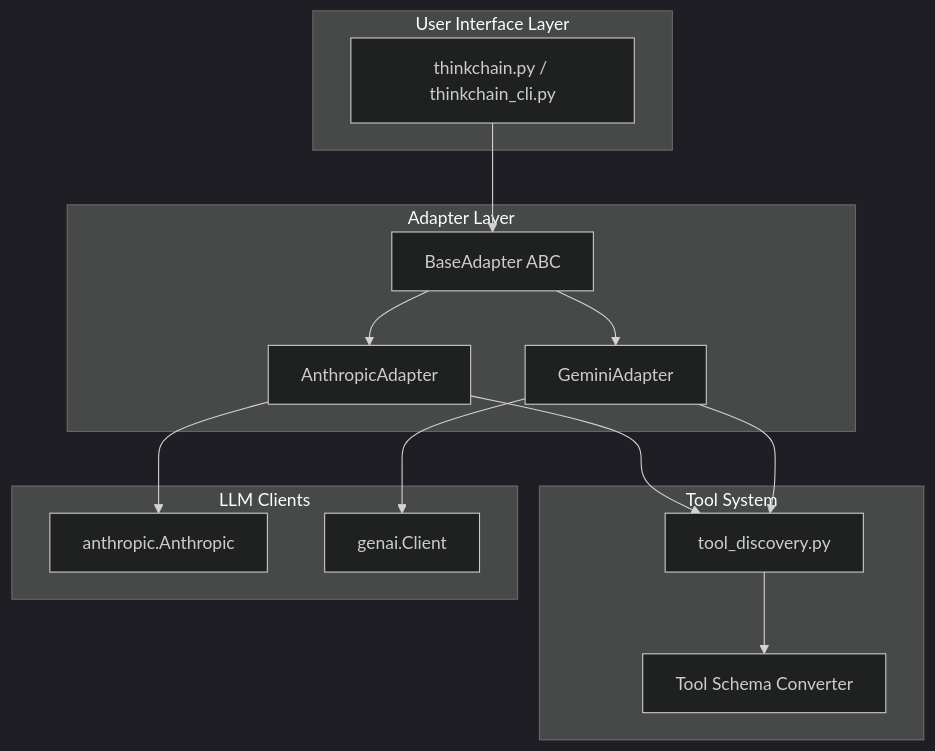
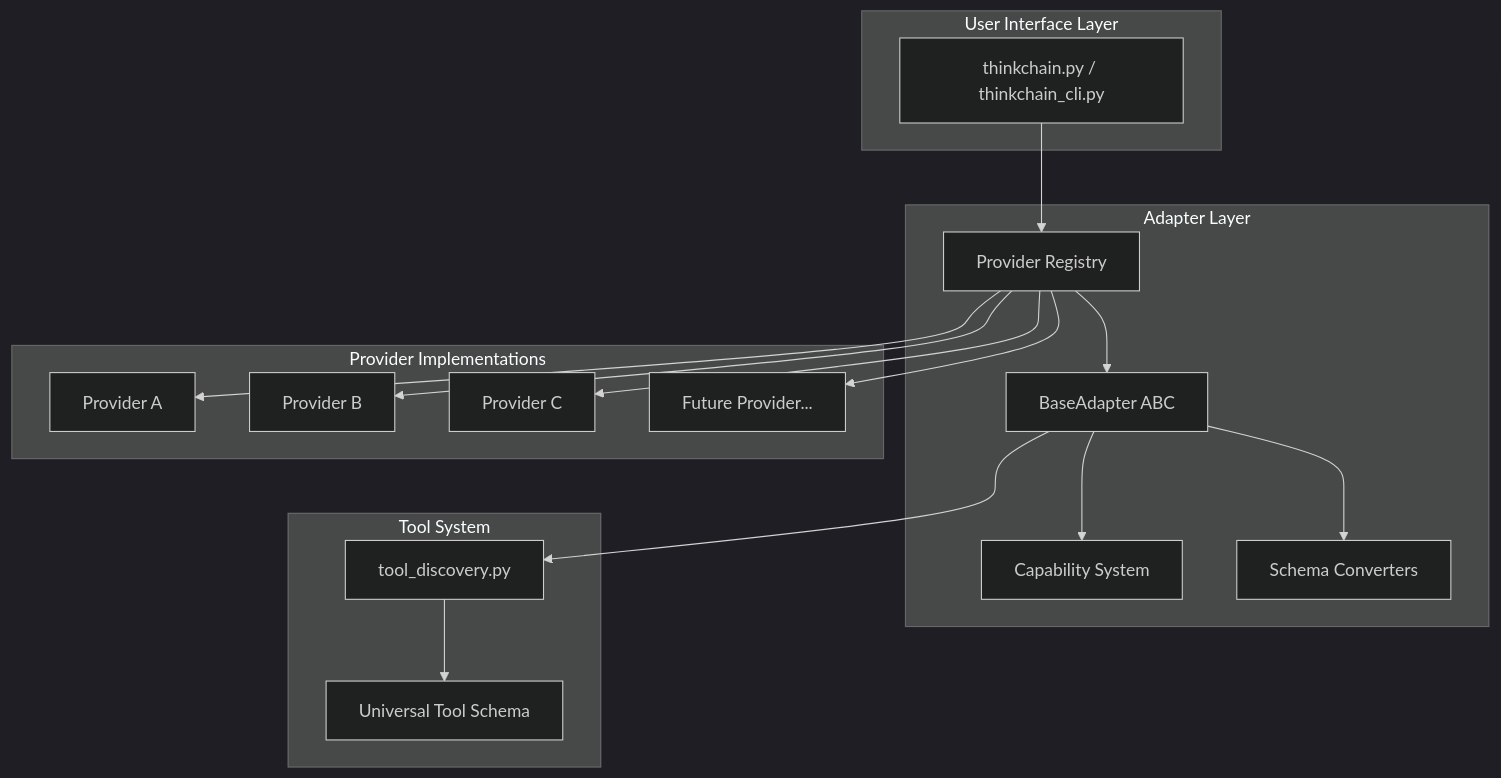
Before and after one commit to voxmenthe/thinkchain: the diagram in docs/implementation_plan_v3.md, drawn with Mermaid (dark theme). The commit also changed other lines of this file, not shown here.

````diff
--- a/docs/implementation_plan_v3.md
+++ b/docs/implementation_plan_v3.md
@@ -63,31 +59,36 @@
 ```mermaid
 graph TB
     subgraph "User Interface Layer"
         UI[thinkchain.py / thinkchain_cli.py]
     end
     
     subgraph "Adapter Layer"
         BA[BaseAdapter ABC]
-        AA[AnthropicAdapter]
-        GA[GeminiAdapter]
-        BA --> AA
-        BA --> GA
+        CAP[Capability System]
+        REG[Provider Registry]
+        CONV[Schema Converters]
+        BA --> CAP
+        BA --> CONV
+        REG --> BA
     end
     
     subgraph "Tool System"
         TD[tool_discovery.py]
-        TS[Tool Schema Converter]
+        TS[Universal Tool Schema]
         TD --> TS
     end
     
-    subgraph "LLM Clients"
-        AC[anthropic.Anthropic]
-        GC[genai.Client]
+    subgraph "Provider Implementations"
+        PA[Provider A]
+        PB[Provider B]
+        PC[Provider C]
+        PX[Future Provider...]
     end
     
-    UI --> BA
-    AA --> AC
-    GA --> GC
-    AA --> TD
-    GA --> TD
+    UI --> REG
+    REG --> PA
+    REG --> PB
+    REG --> PC
+    REG --> PX
+    BA --> TD
 ```
````
